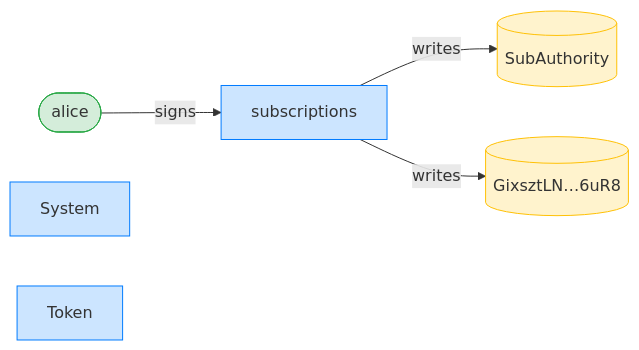
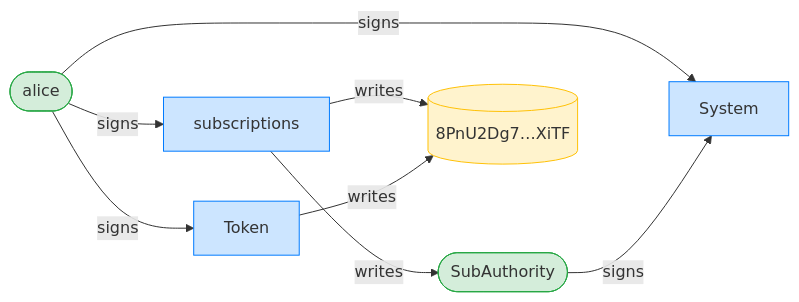
Before and after one commit to cds-rs/subscriptions: the third of 12 diagrams in dsl_tests/transfer-subscription--a-sunset-plan-still-allows-pulls.md, drawn with Mermaid. The commit also changed other lines of this file and 224 other files, not shown here.

````diff
--- a/dsl_tests/transfer-subscription--a-sunset-plan-still-allows-pulls.md
+++ b/dsl_tests/transfer-subscription--a-sunset-plan-still-allows-pulls.md
@@ -55,15 +56,19 @@
 ```mermaid
 flowchart LR
     classDef signer fill:#d4edda,stroke:#28a745;
     classDef program fill:#cce5ff,stroke:#007bff;
     classDef writable fill:#fff3cd,stroke:#ffc107;
     subscriptions[subscriptions]:::program
     alice([alice]):::signer
-    SubAuthority[(SubAuthority)]:::writable
-    GixsztLN_6uR8[("GixsztLN…6uR8")]:::writable
+    SubAuthority([SubAuthority]):::signer
+    8PnU2Dg7_XiTF[("8PnU2Dg7…XiTF")]:::writable
     System[System]:::program
     Token[Token]:::program
     alice -->|signs| subscriptions
+    alice -->|signs| System
+    SubAuthority -->|signs| System
+    alice -->|signs| Token
     subscriptions -->|writes| SubAuthority
-    subscriptions -->|writes| GixsztLN_6uR8
+    subscriptions -->|writes| 8PnU2Dg7_XiTF
+    Token -->|writes| 8PnU2Dg7_XiTF
 ```
````
